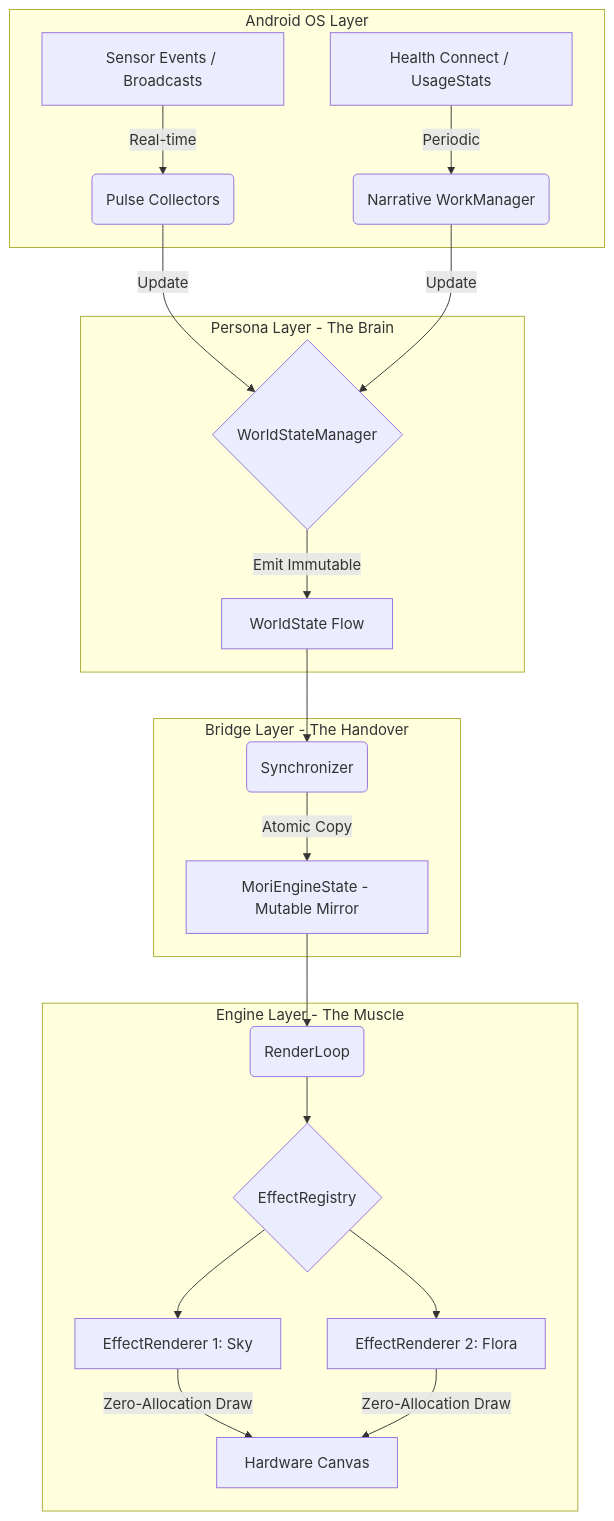
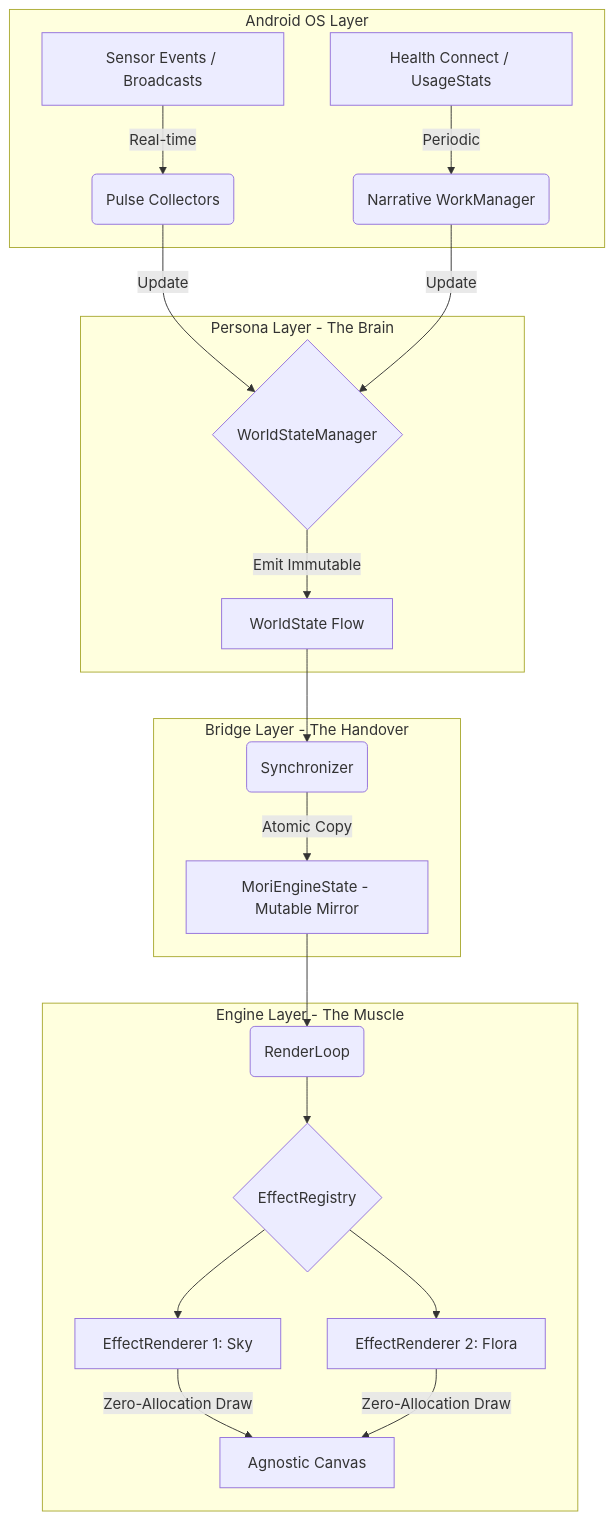
One commit to ashishekka97/mori changed the diagram in ARCHITECTURE.md. Above: the diagram before and after it, drawn with Mermaid. The commit also changed other lines of this file and 7 other files, not shown here.

````diff
--- a/ARCHITECTURE.md
+++ b/ARCHITECTURE.md
@@ -7,26 +7,26 @@
 ```mermaid
 graph TD
     subgraph OS [Android OS Layer]
         A[Sensor Events / Broadcasts] -->|Real-time| B
         C[Health Connect / UsageStats] -->|Periodic| D
     end
 
     subgraph Persona [Persona Layer - The Brain]
         B(Pulse Collectors) -->|Update| E
         D(Narrative WorkManager) -->|Update| E
         E{WorldStateManager} -->|Emit Immutable| F[WorldState Flow]
     end
 
     subgraph Bridge [Bridge Layer - The Handover]
         F --> G(Synchronizer)
         G -->|Atomic Copy| H[MoriEngineState - Mutable Mirror]
     end
 
     subgraph Engine [Engine Layer - The Muscle]
         H --> I(RenderLoop)
         I --> J{EffectRegistry}
         J --> K[EffectRenderer 1: Sky]
         J --> L[EffectRenderer 2: Flora]
-        K & L -->|Zero-Allocation Draw| M[Hardware Canvas]
+        K & L -->|Zero-Allocation Draw| M[Agnostic Canvas]
     end
 ```
````
